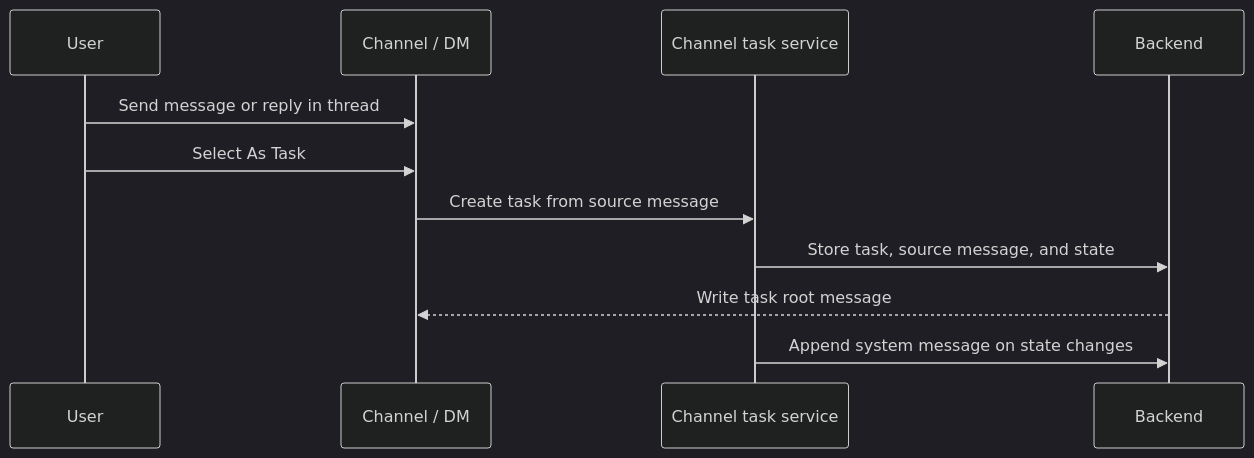
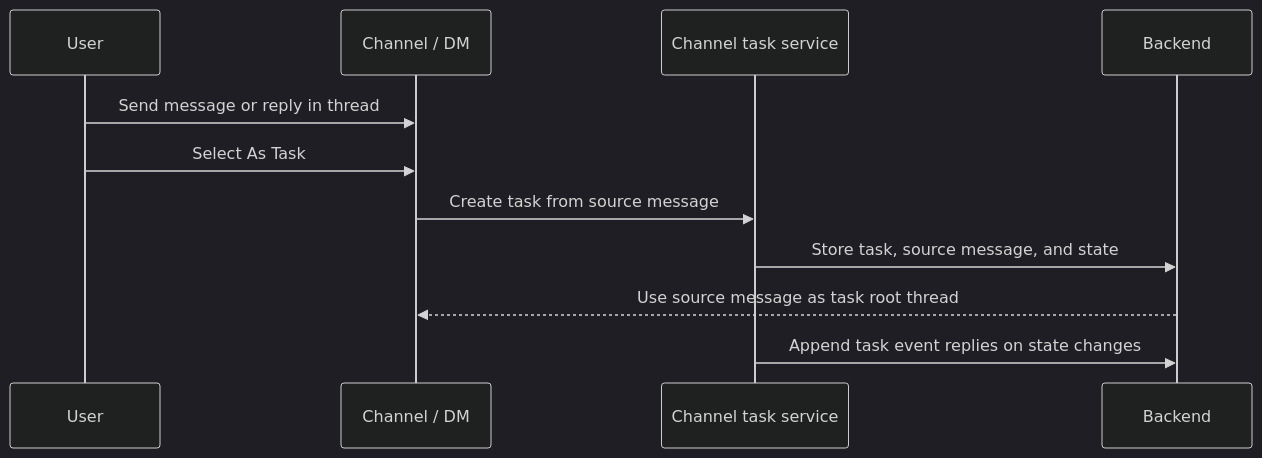
One commit to ffy6511/poco-docs-vercel changed the first of 2 diagrams in content/docs/en/features/server-collaboration/conversations-and-tasks.mdx. Above: the diagram before and after it, drawn with Mermaid (dark theme). The commit also changed other lines of this file and 3 other files, not shown here.

````diff
--- a/content/docs/en/features/server-collaboration/conversations-and-tasks.mdx
+++ b/content/docs/en/features/server-collaboration/conversations-and-tasks.mdx
@@ -12,14 +12,14 @@
 ```mermaid
 sequenceDiagram
     participant User as User
     participant Channel as Channel / DM
     participant Task as Channel task service
     participant Backend as Backend
 
     User->>Channel: Send message or reply in thread
     User->>Channel: Select As Task
     Channel->>Task: Create task from source message
     Task->>Backend: Store task, source message, and state
-    Backend-->>Channel: Write task root message
-    Task->>Backend: Append system message on state changes
+    Backend-->>Channel: Use source message as task root thread
+    Task->>Backend: Append task event replies on state changes
 ```
````
